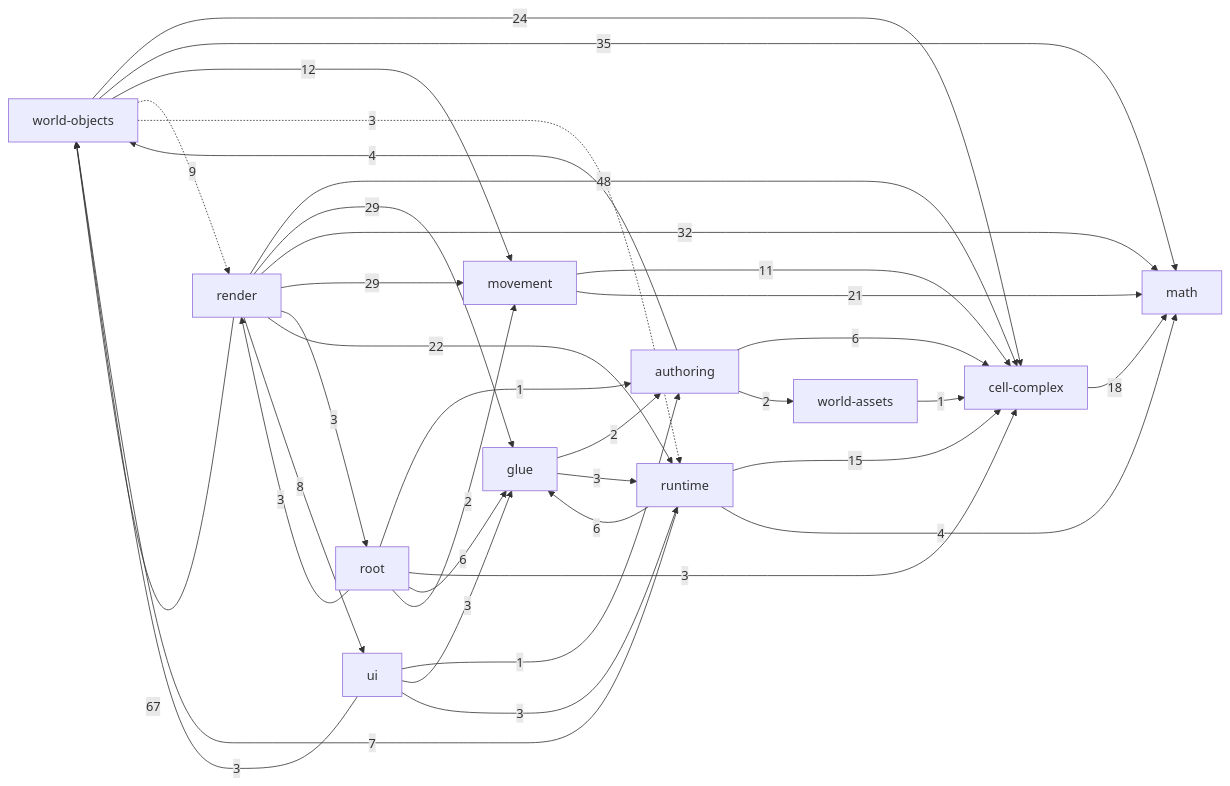
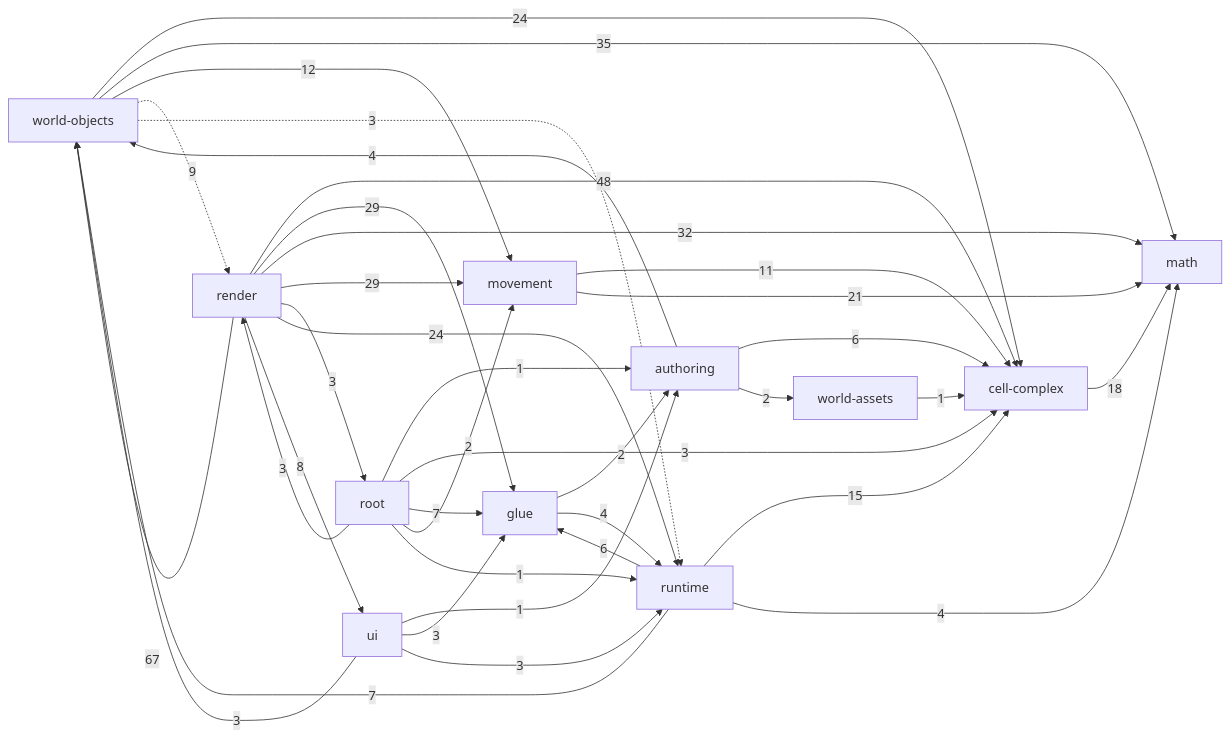
Before and after one commit to guraltsev/noneuclid-fpv: the diagram in _docs/generated/ARCHITECTURE_REFERENCE.md, drawn with Mermaid. The commit also changed other lines of this file and 33 other files, not shown here.

````diff
--- a/_docs/generated/ARCHITECTURE_REFERENCE.md
+++ b/_docs/generated/ARCHITECTURE_REFERENCE.md
@@ -32,49 +32,50 @@
 ```mermaid
 flowchart LR
   math["math"]
   cell_complex["cell-complex"]
   movement["movement"]
   world_assets["world-assets"]
   world_objects["world-objects"]
   authoring["authoring"]
   runtime["runtime"]
   ui["ui"]
   glue["glue"]
   render["render"]
   root["root"]
   authoring -->|6| cell_complex
   authoring -->|2| world_assets
   authoring -->|4| world_objects
   cell_complex -->|18| math
   glue -->|2| authoring
-  glue -->|3| runtime
+  glue -->|4| runtime
   movement -->|11| cell_complex
   movement -->|21| math
   render -->|48| cell_complex
   render -->|29| glue
   render -->|32| math
   render -->|29| movement
   render -->|3| root
-  render -->|22| runtime
+  render -->|24| runtime
   render -->|8| ui
   render -->|67| world_objects
   root -->|1| authoring
   root -->|3| cell_complex
-  root -->|6| glue
+  root -->|7| glue
   root -->|2| movement
   root -->|3| render
+  root -->|1| runtime
   runtime -->|15| cell_complex
   runtime -->|6| glue
   runtime -->|4| math
   runtime -->|7| world_objects
   ui -->|1| authoring
   ui -->|3| glue
   ui -->|3| runtime
   ui -->|3| world_objects
   world_assets -->|1| cell_complex
   world_objects -->|24| cell_complex
   world_objects -->|35| math
   world_objects -->|12| movement
   world_objects -.->|9| render
   world_objects -.->|3| runtime
 ```
````
